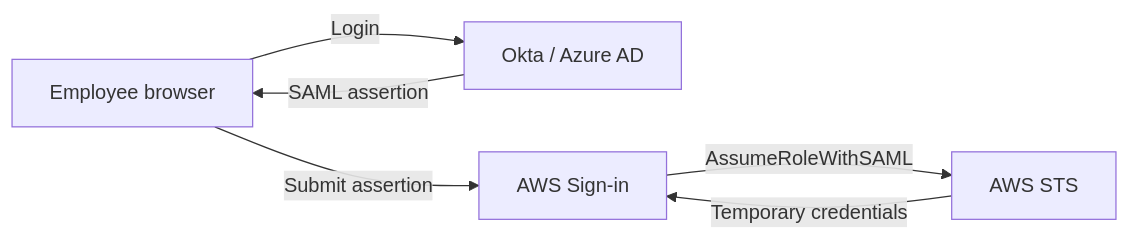
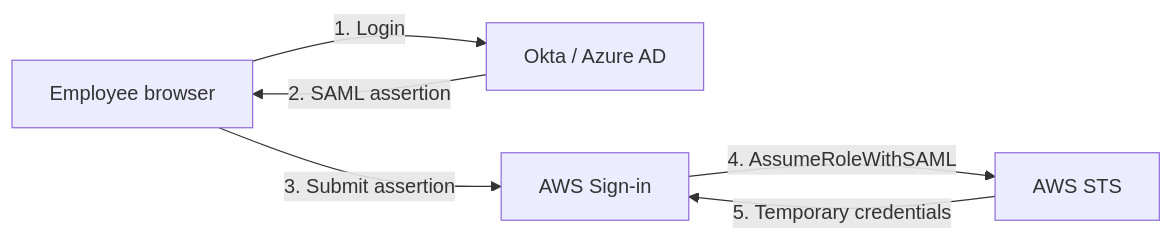
Before and after one commit to rhcwlq89/rhcwlq89.github.io: the fourth of 5 diagrams in src/content/blog/en/aws-credential-federation-deep-dive.md, drawn with Mermaid. The commit also changed other lines of this file and 1 other file, not shown here.

Commit message:
docs: 자격증명 페더레이션 글 5.1·5.3절 다이어그램에 시퀀스 번호 추가 (한/영)
SAML 콘솔 로그인(5.1)은 User가 IdP·Console을 왕복하는 5단계,
EKS IRSA(5.3)는 Pod이 송신·수신 양쪽으로 등장하는 4단계라 화살표 방향만으로는
순서 파악이 어려웠음. 각 엣지 라벨에 1·2·3… 번호를 붙여 흐름을 명시.

1.2(IAM Role 기본 흐름, 3단계)와 4.3(개념도)은 번호가 오히려 부담이 되거나
부정확해서 그대로 둠. 3.2 GitHub Actions 흐름은 sequenceDiagram에 이미
1–7 번호가 들어가 있어 변경 불필요.

````diff
--- a/src/content/blog/en/aws-credential-federation-deep-dive.md
+++ b/src/content/blog/en/aws-credential-federation-deep-dive.md
@@ -438,8 +438,8 @@
 ```mermaid
 flowchart LR
-    User[Employee browser] -->|Login| IdP[Okta / Azure AD]
-    IdP -->|SAML assertion| User
-    User -->|Submit assertion| Console[AWS Sign-in]
-    Console -->|AssumeRoleWithSAML| STS[AWS STS]
-    STS -->|Temporary credentials| Console
+    User[Employee browser] -->|"1. Login"| IdP[Okta / Azure AD]
+    IdP -->|"2. SAML assertion"| User
+    User -->|"3. Submit assertion"| Console[AWS Sign-in]
+    Console -->|"4. AssumeRoleWithSAML"| STS[AWS STS]
+    STS -->|"5. Temporary credentials"| Console
 ```
````
